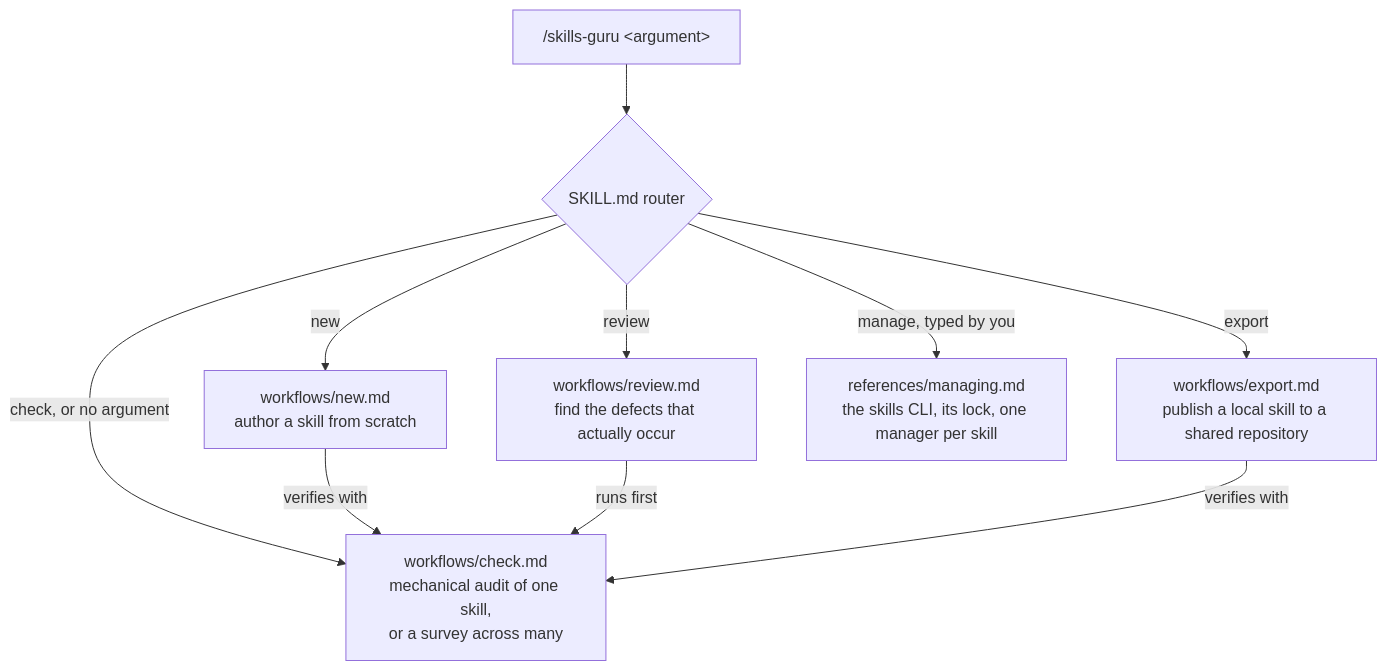
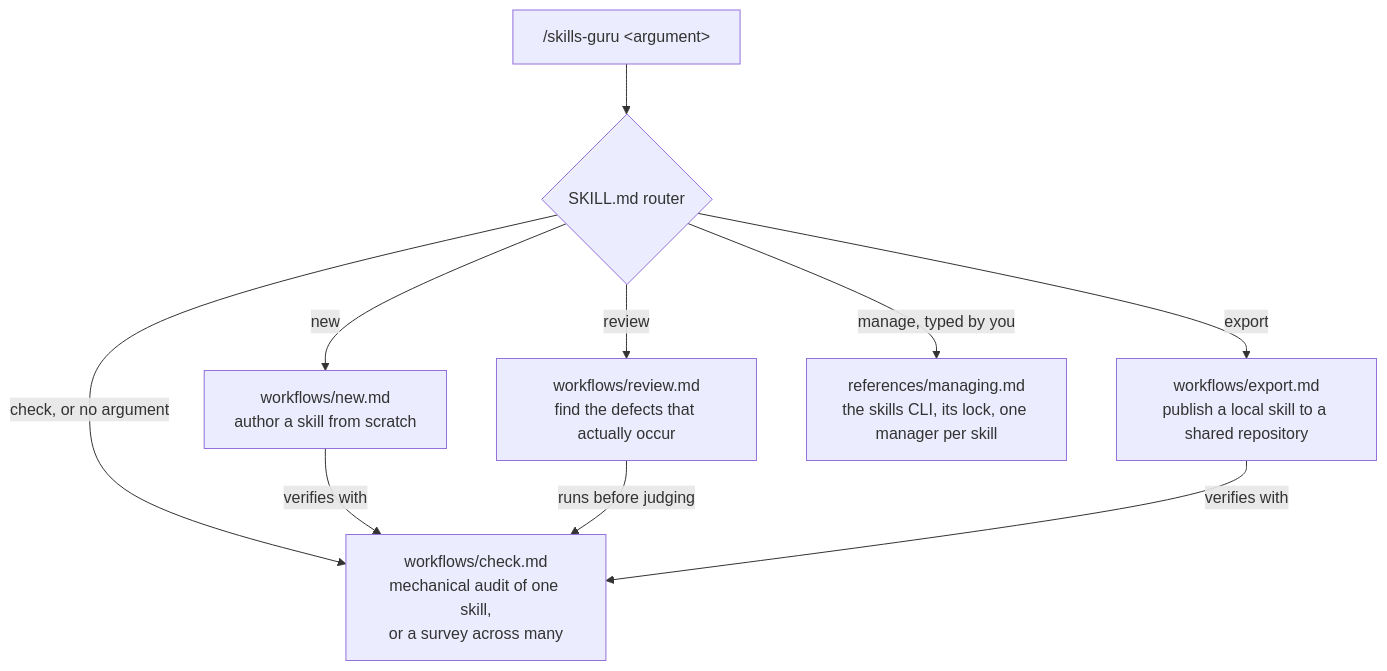
One commit to izkreny/agentifico changed the diagram in skills/skills-guru/README.md. Above: the diagram before and after it, drawn with Mermaid. The commit also changed other lines of this file and 2 other files, not shown here.

Commit message:
fix(skills-maker): point check.md at rules that exist (#192)
> 🤖 Written by AI --- read/modified by izkreny! 🤓

check.md justified MD041 by a tools-blockquote layout new.md never
states; it now calls the blockquote this package's own convention.
It sent section length to a by-hand list with no entry for it; it now
points at "Rationale that restates the rule" in review.md Step 3.

review.md, check.md and the README disagreed on whether the read or
the check comes first. All three now say the check runs after the
read and before any judgement.

Closes SG6, SG7 and SG12.

````diff
--- a/skills/skills-guru/README.md
+++ b/skills/skills-guru/README.md
@@ -34,12 +34,12 @@
 ```mermaid
 flowchart TD
     A["/skills-guru &lt;argument&gt;"] --> R{"SKILL.md router"}
     R -->|new| N["workflows/new.md<br/>author a skill from scratch"]
     R -->|review| V["workflows/review.md<br/>find the defects that actually occur"]
     R -->|"check, or no argument"| C["workflows/check.md<br/>mechanical audit of one skill,<br/>or a survey across many"]
     R -->|export| E["workflows/export.md<br/>publish a local skill to a shared repository"]
     R -->|"manage, typed by you"| M["references/managing.md<br/>the skills CLI, its lock, one manager per skill"]
     N -->|verifies with| C
-    V -->|runs first| C
+    V -->|runs before judging| C
     E -->|verifies with| C
 ```
````
